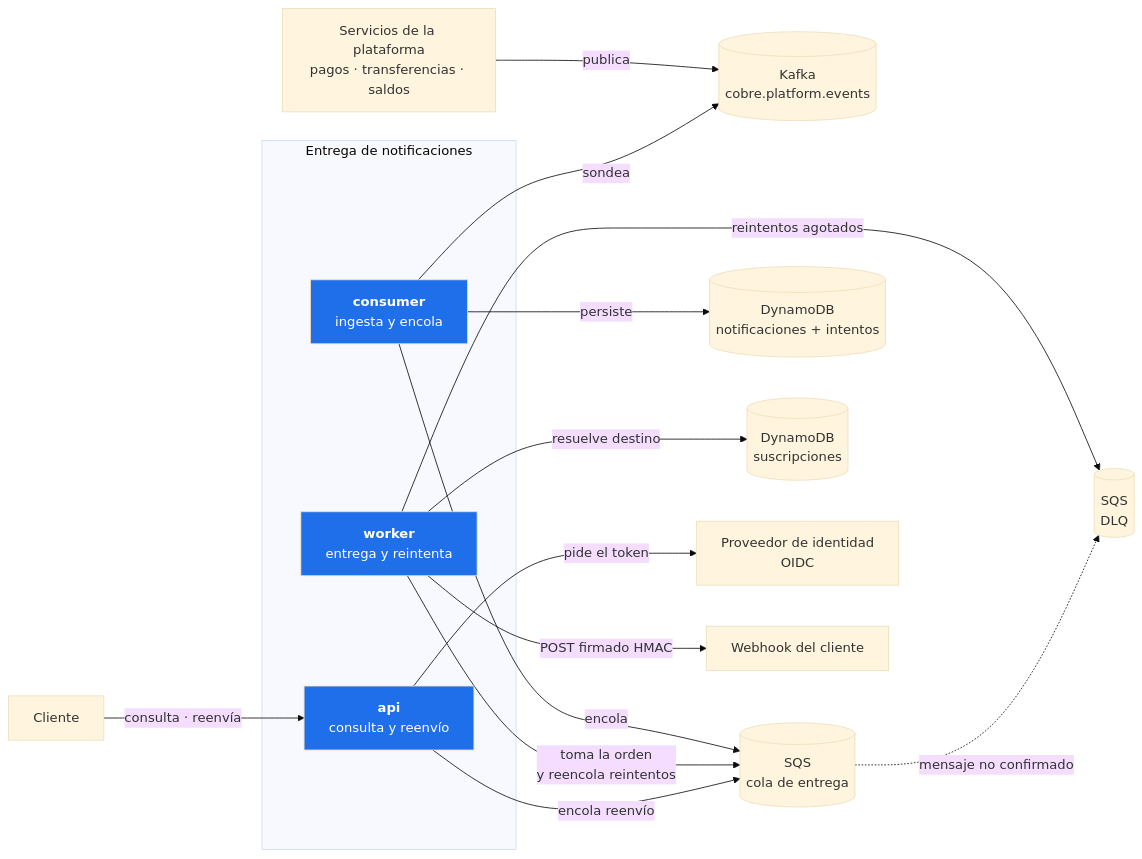
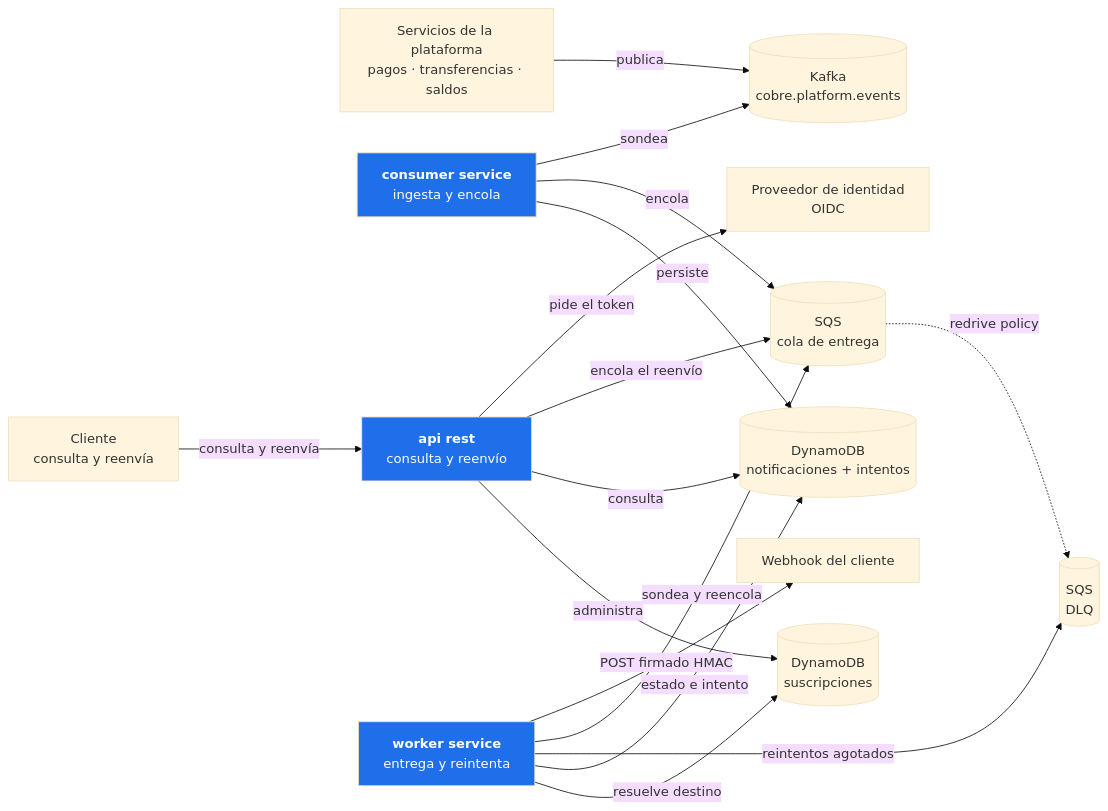
One commit to ssalaza7/cobre-notification-delivery changed the first of 5 diagrams in README.md. Above: the diagram before and after it, drawn with Mermaid (base theme). The commit also changed other lines of this file and 2 other files, not shown here.

Commit message:
docs: el diagrama de arquitectura, con la disposicion cuidada a mano
Entra la version de draw.io colocada a mano y el diagrama del README pasa a
reflejarla: mismos doce componentes, mismas quince conexiones y las mismas
etiquetas, incluida la del redrive que faltaba.

Se retira el .drawio anterior, generado, que quedaba duplicado.

Del archivo a mano se quita una linea sobrante entre las colas: iba de la DLQ
a la cola de entrega, y ese retorno no existe. El redrive solo va en un
sentido.

````diff
--- a/README.md
+++ b/README.md
@@ -21,35 +21,41 @@
 ```mermaid
 flowchart LR
     SVC["Servicios de la plataforma<br/>pagos · transferencias · saldos"]
     K[("Kafka<br/>cobre.platform.events")]
+    IDP["Proveedor de identidad<br/>OIDC"]
+
+    CON["<b>consumer service</b><br/>ingesta y encola"]
+    API["<b>api rest</b><br/>consulta y reenvío"]
+    W["<b>worker service</b><br/>entrega y reintenta"]
+
     Q[("SQS<br/>cola de entrega")]
     DLQ[("SQS<br/>DLQ")]
+
+    USR["Cliente<br/>consulta y reenvía"]
+    HOOK["Webhook del cliente"]
+
     DB[("DynamoDB<br/>notificaciones + intentos")]
     SUB[("DynamoDB<br/>suscripciones")]
-    IDP["Proveedor de identidad<br/>OIDC"]
-    CLI["Webhook del cliente"]
-    USR["Cliente"]
-
-    subgraph svc["Entrega de notificaciones"]
-        CON["<b>consumer</b><br/>ingesta y encola"]
-        W["<b>worker</b><br/>entrega y reintenta"]
-        API["<b>api</b><br/>consulta y reenvío"]
-    end
 
     SVC -->|publica| K
     CON -->|sondea| K
+    USR -->|consulta y reenvía| API
+    API -->|pide el token| IDP
+    W -->|POST firmado HMAC| HOOK
+
+    CON -->|encola| Q
+    API -->|encola el reenvío| Q
+    W -->|sondea y reencola| Q
+    W -->|reintentos agotados| DLQ
+    Q -.->|redrive policy| DLQ
+
     CON -->|persiste| DB
-    CON -->|encola| Q
-    W -->|toma la orden<br/>y reencola reintentos| Q
+    API -->|consulta| DB
+    W -->|estado e intento| DB
     W -->|resuelve destino| SUB
-    W -->|POST firmado HMAC| CLI
-    W -->|reintentos agotados| DLQ
-    Q -.->|mensaje no confirmado| DLQ
-    USR -->|consulta · reenvía| API
-    API -->|pide el token| IDP
-    API -->|encola reenvío| Q
+    API -->|administra| SUB
 
     style CON fill:#1f6feb,color:#fff
+    style API fill:#1f6feb,color:#fff
     style W fill:#1f6feb,color:#fff
-    style API fill:#1f6feb,color:#fff
 ```
````
